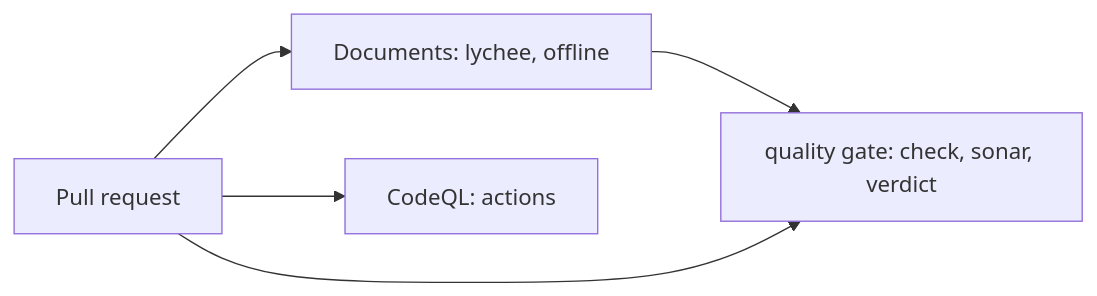
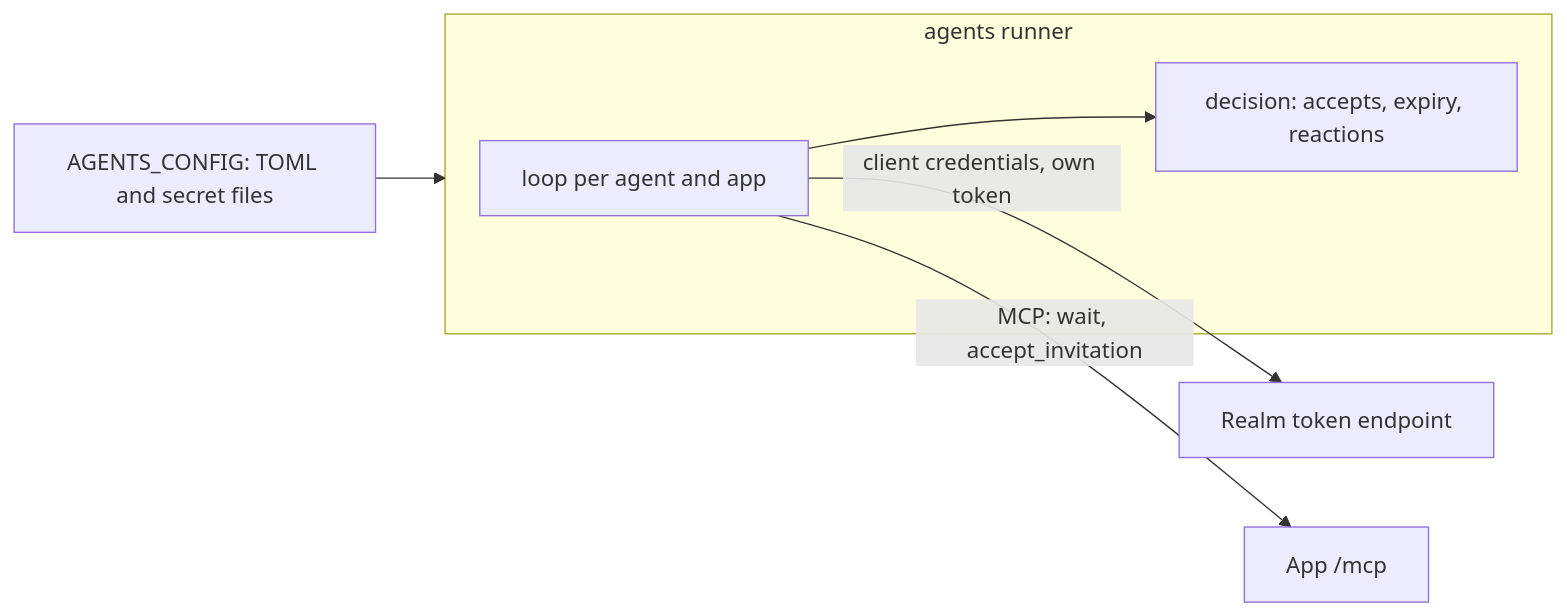
Before and after one commit to overnightworks/personas: the diagram in docs/ARCHITECTURE.md, drawn with Mermaid. The commit also changed other lines of this file and 33 other files, not shown here.

````diff
--- a/docs/ARCHITECTURE.md
+++ b/docs/ARCHITECTURE.md
@@ -11,7 +11,11 @@
 ```mermaid
 flowchart LR
-    pr["Pull request"] --> docs["Documents: lychee, offline"]
-    pr --> scan["CodeQL: actions"]
-    docs --> gate["quality gate: check, sonar, verdict"]
-    pr --> gate
+    toml["AGENTS_CONFIG: TOML and secret files"] --> runner
+    subgraph runner["agents runner"]
+        loop["loop per agent and app"]
+        decision["decision: accepts, expiry, reactions"]
+        loop --> decision
+    end
+    loop -- "client credentials, own token" --> realm["Realm token endpoint"]
+    loop -- "MCP: wait, accept_invitation" --> app["App /mcp"]
 ```
````
